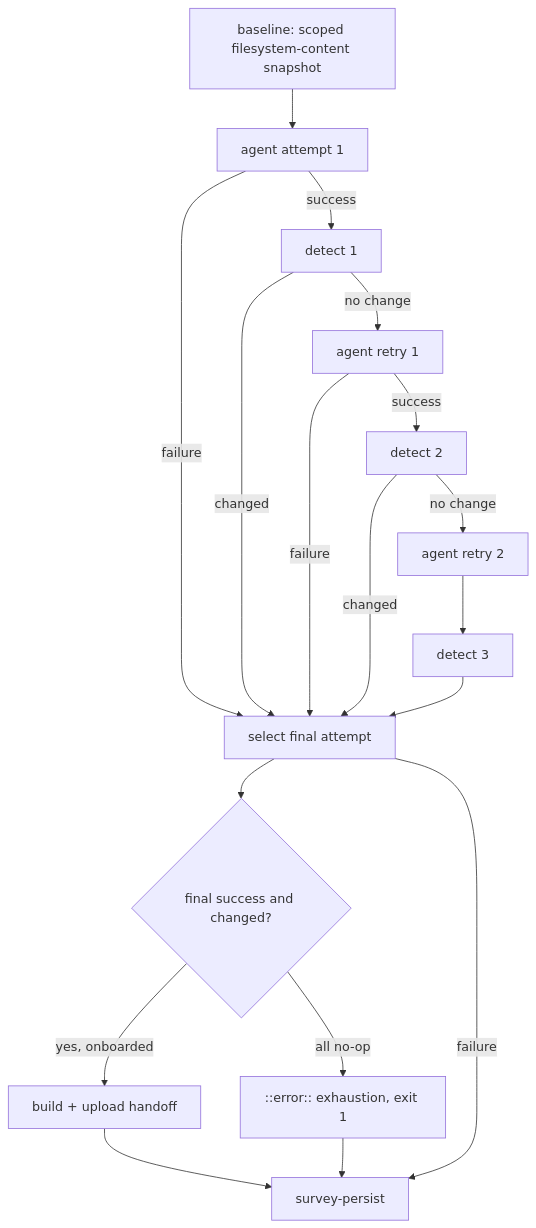
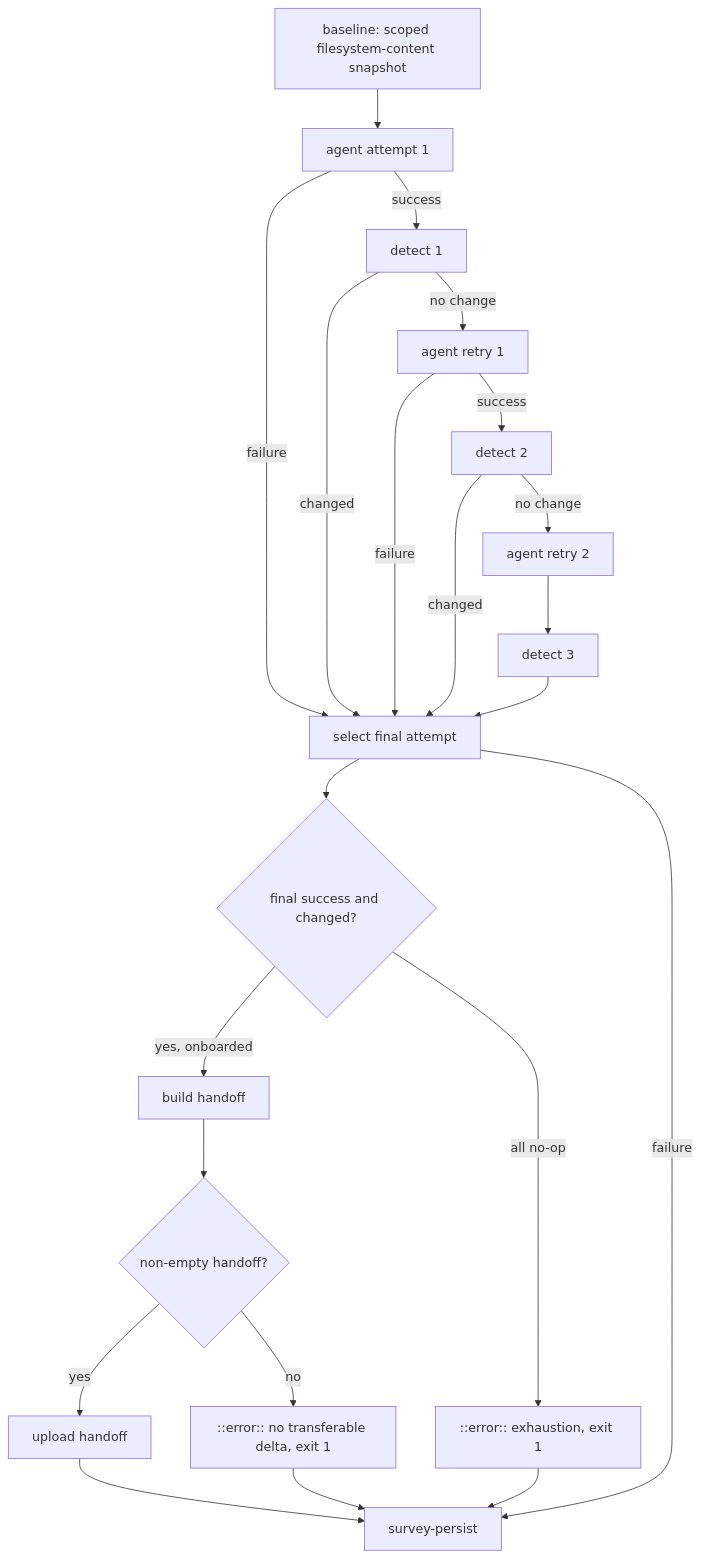
Before and after one commit to fro-bot/.github: the diagram in docs/plans/2026-09-25-001-fix-survey-false-success-retry-plan.md, drawn with Mermaid. The commit also changed other lines of this file and 2 other files, not shown here.

Commit message:
fix(survey-repo): fail the run when a positive detection produces an empty handoff

````diff
--- a/docs/plans/2026-09-25-001-fix-survey-false-success-retry-plan.md
+++ b/docs/plans/2026-09-25-001-fix-survey-false-success-retry-plan.md
@@ -161,19 +163,23 @@
 ```mermaid
 flowchart TD
   B[baseline: scoped filesystem-content snapshot] --> A1[agent attempt 1]
   A1 -->|failure| SEL
   A1 -->|success| D1[detect 1]
   D1 -->|changed| SEL[select final attempt]
   D1 -->|no change| A2[agent retry 1]
   A2 -->|failure| SEL
   A2 -->|success| D2[detect 2]
   D2 -->|changed| SEL
   D2 -->|no change| A3[agent retry 2]
   A3 --> D3[detect 3] --> SEL
   SEL --> H{final success and changed?}
-  H -->|yes, onboarded| HB[build + upload handoff]
+  H -->|yes, onboarded| HB[build handoff]
+  HB --> CHK{non-empty handoff?}
+  CHK -->|yes| UP[upload handoff]
+  CHK -->|no| EX2["::error:: no transferable delta, exit 1"]
   H -->|all no-op| EX["::error:: exhaustion, exit 1"]
-  HB --> P[survey-persist]
+  UP --> P[survey-persist]
+  EX2 --> P
   EX --> P
   SEL -->|failure| P
 ```
````
